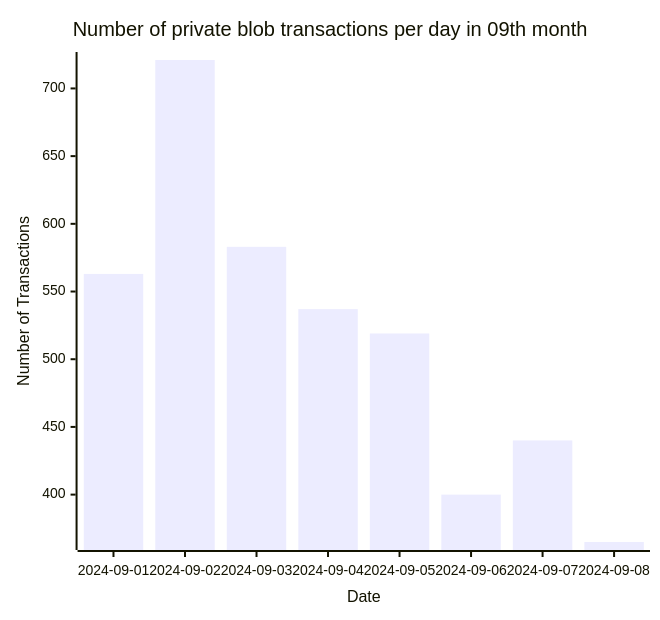
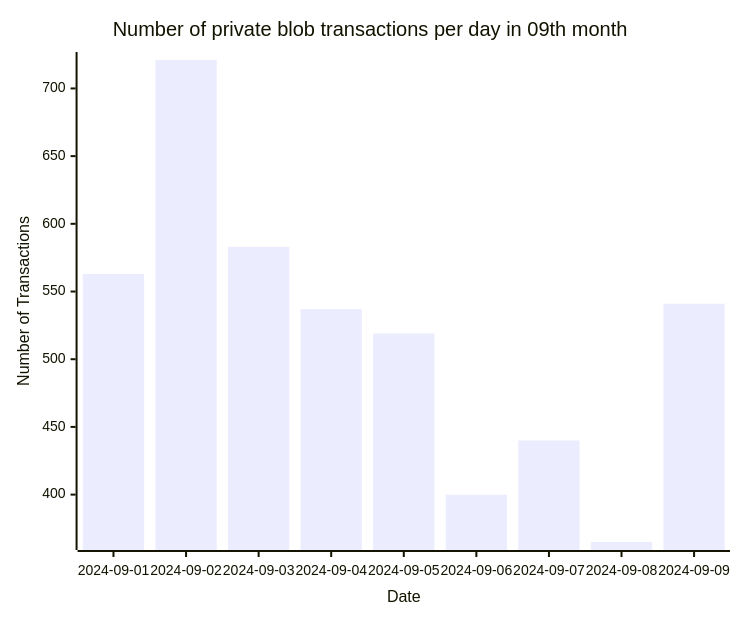
One commit to Amit0617/eip4844-data changed the seventh of 7 diagrams in README.md. Above: the diagram before and after it, drawn with Mermaid. The commit also changed 1 other file, not shown here.

````diff
--- a/README.md
+++ b/README.md
@@ -79,12 +79,12 @@
 ```mermaid
 ---
 config:
     xyChart:
-        width: 640
+        width: 720
         height: 600
 ---
 xychart-beta title "Number of private blob transactions per day in 09th month"
-x-axis "Date" [2024-09-01,2024-09-02,2024-09-03,2024-09-04,2024-09-05,2024-09-06,2024-09-07,2024-09-08]
+x-axis "Date" [2024-09-01,2024-09-02,2024-09-03,2024-09-04,2024-09-05,2024-09-06,2024-09-07,2024-09-08,2024-09-09]
 y-axis "Number of Transactions"
-bar[563,721,583,537,519,400,440,365]
+bar[563,721,583,537,519,400,440,365,541]
 ```
````
